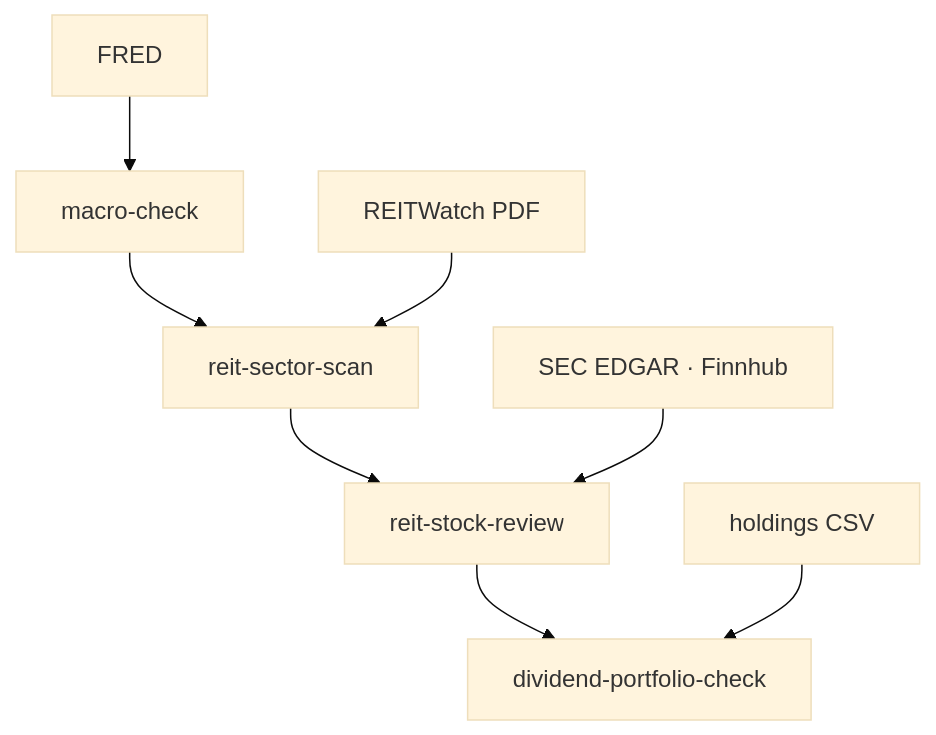
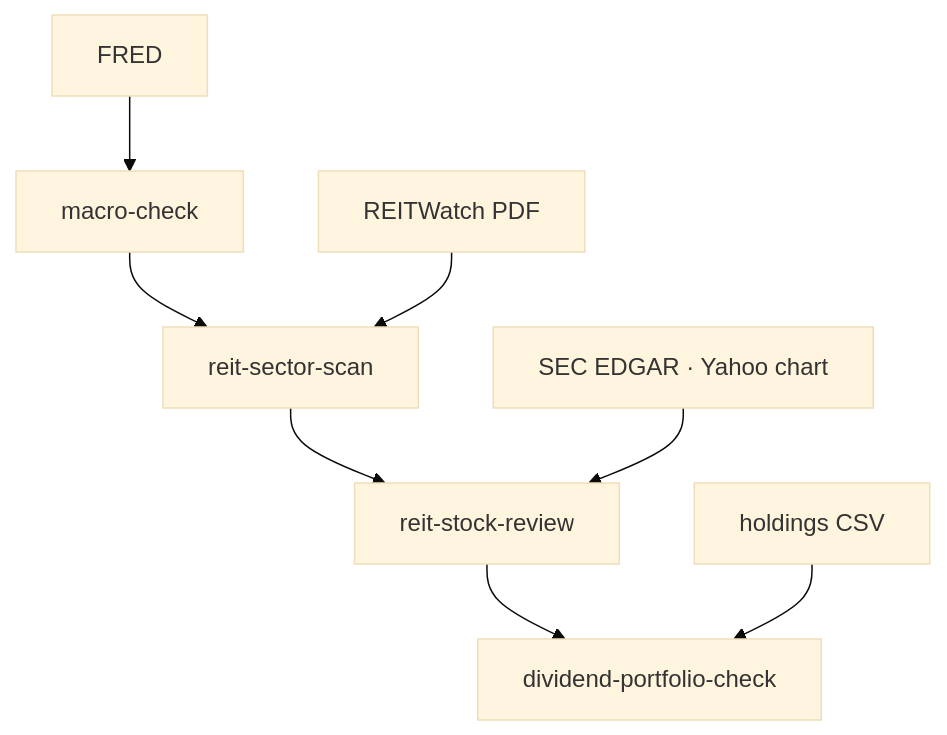
The diagram in docs/specs/reit-skills.md (hy-jaden-jeong/invest-skills), drawn with Mermaid (base theme) before and after one commit. The commit also changed other lines of this file and 16 other files, not shown here.

First line of the commit message:
API key 없이 돌게: 시세는 Yahoo chart, FRED는 csv만, SEC 연락처는 한 번 묻고 저장 (#7)

````diff
--- a/docs/specs/reit-skills.md
+++ b/docs/specs/reit-skills.md
@@ -80,10 +81,10 @@
 ```mermaid
 flowchart TB
     F["FRED"] --> M["macro-check"]
     M --> S["reit-sector-scan"]
     R["REITWatch PDF"] --> S
     S --> K["reit-stock-review"]
-    E["SEC EDGAR · Finnhub"] --> K
+    E["SEC EDGAR · Yahoo chart"] --> K
     K --> P["dividend-portfolio-check"]
     H["holdings CSV"] --> P
 ```
````
